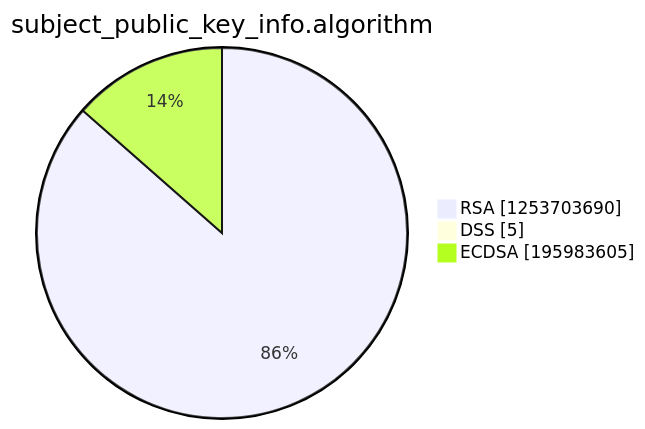
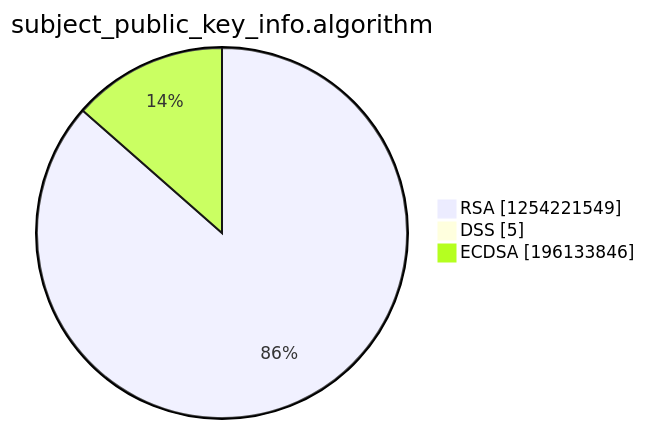
Before and after one commit to christiankrug/ctmonitor_visualization: the third of 15 diagrams in argon2022/README.md, drawn with Mermaid. The commit also changed other lines of this file, not shown here.

````diff
--- a/argon2022/README.md
+++ b/argon2022/README.md
@@ -14,7 +14,7 @@
 ```mermaid
 pie showData
 title subject_public_key_info.algorithm
-"RSA" :1253703690
+"RSA" :1254221549
 "DSS" :5
-"ECDSA" :195983605
+"ECDSA" :196133846
 ```
````
